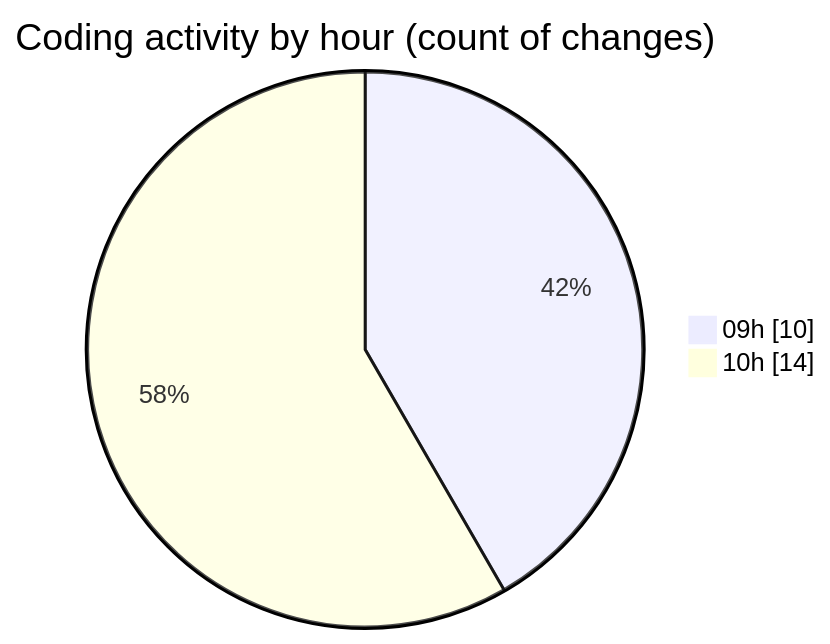
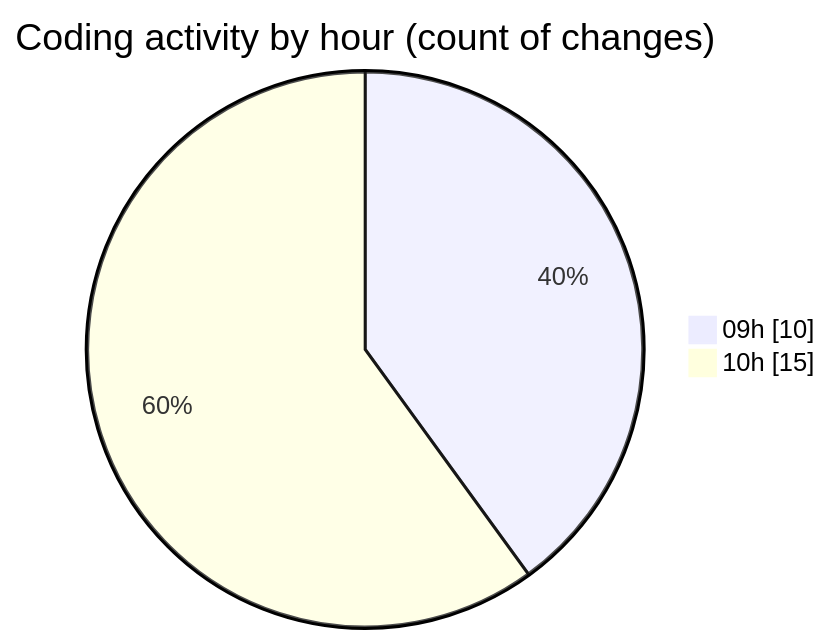
Before and after one commit to MatusMokan/code-tracking: the second of 2 diagrams in 2025-03-21/myws__workspace_/README.md, drawn with Mermaid. The commit also changed other lines of this file and 1 other file, not shown here.

````diff
--- a/2025-03-21/myws__workspace_/README.md
+++ b/2025-03-21/myws__workspace_/README.md
@@ -28,6 +30,6 @@
 ```mermaid
 pie showData
 title Coding activity by hour (count of changes)
 "09h" : 10
-"10h" : 14
+"10h" : 15
 ```
````
